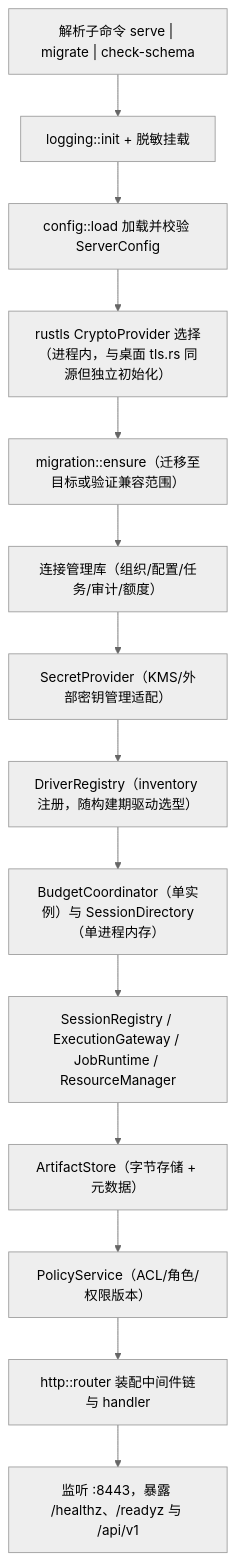
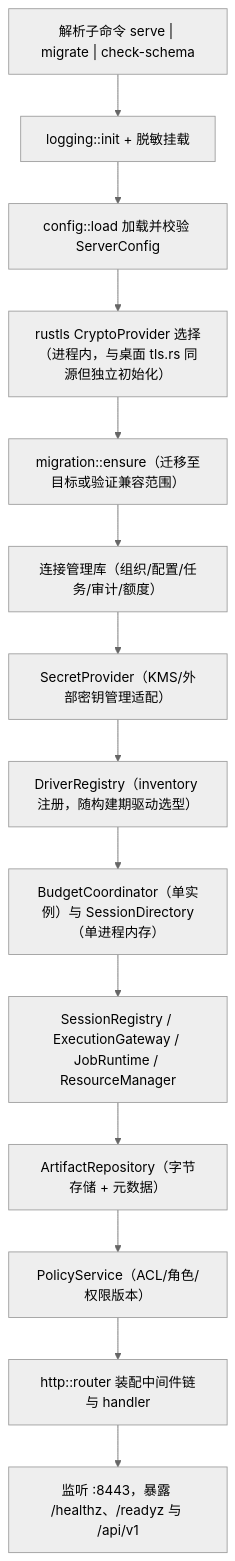
Before and after one commit to flyxl/datazen: the first of 6 diagrams in docs/architecture/platform/team-server-and-auth.md, drawn with Mermaid (neutral theme). The commit also changed other lines of this file and 171 other files, not shown here.

````diff
--- a/docs/architecture/platform/team-server-and-auth.md
+++ b/docs/architecture/platform/team-server-and-auth.md
@@ -90,16 +90,16 @@
 ```mermaid
 flowchart TD
     A["解析子命令 serve | migrate | check-schema"] --> B["logging::init + 脱敏挂载"]
     B --> C["config::load 加载并校验 ServerConfig"]
     C --> D["rustls CryptoProvider 选择（进程内，与桌面 tls.rs 同源但独立初始化）"]
     D --> E["migration::ensure（迁移至目标或验证兼容范围）"]
     E --> F["连接管理库（组织/配置/任务/审计/额度）"]
     F --> G["SecretProvider（KMS/外部密钥管理适配）"]
     G --> H["DriverRegistry（inventory 注册，随构建期驱动选型）"]
     H --> I["BudgetCoordinator（单实例）与 SessionDirectory（单进程内存）"]
     I --> J["SessionRegistry / ExecutionGateway / JobRuntime / ResourceManager"]
-    J --> K["ArtifactStore（字节存储 + 元数据）"]
+    J --> K["ArtifactRepository（字节存储 + 元数据）"]
     K --> L["PolicyService（ACL/角色/权限版本）"]
     L --> M["http::router 装配中间件链与 handler"]
     M --> N["监听 :8443，暴露 /healthz、/readyz 与 /api/v1"]
 ```
````
